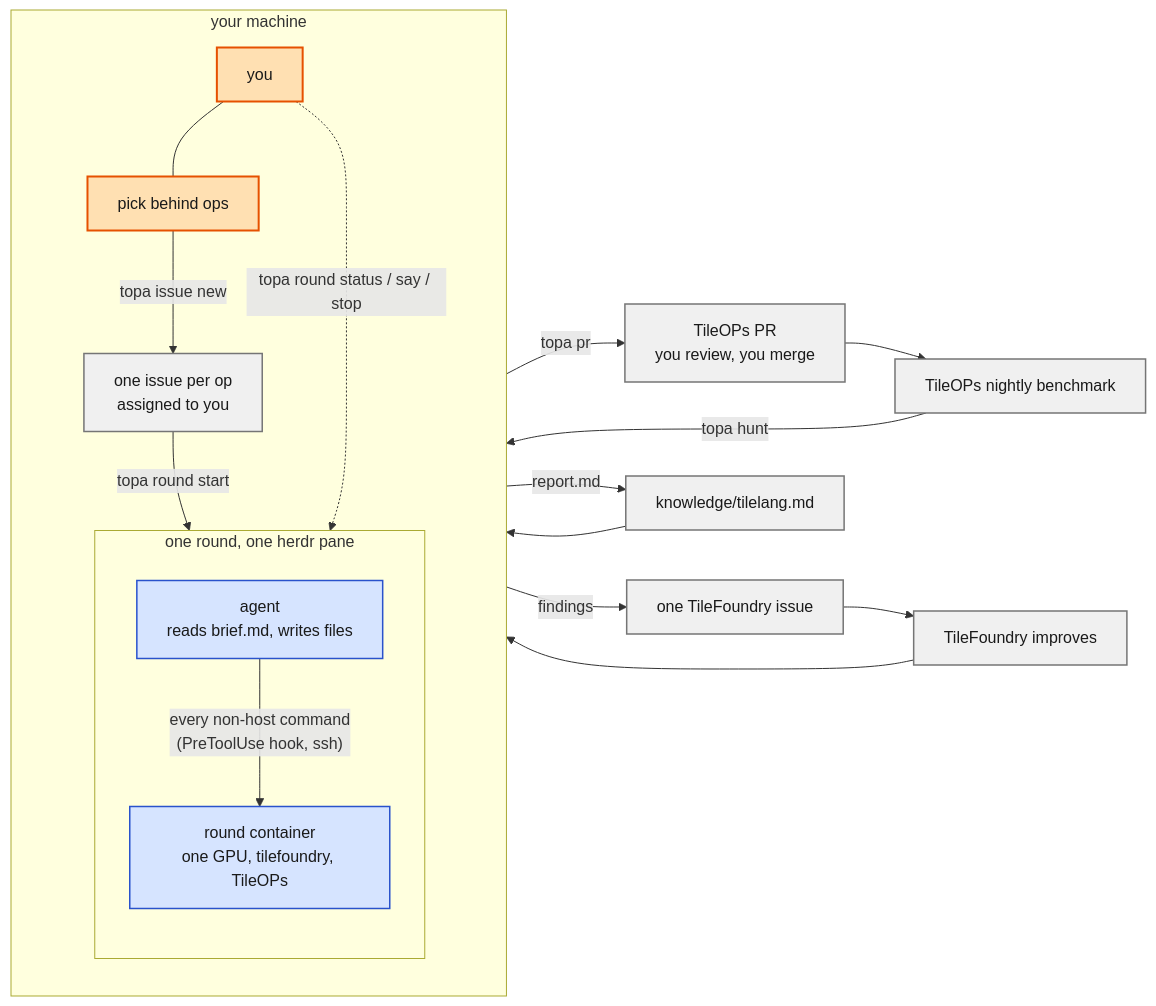
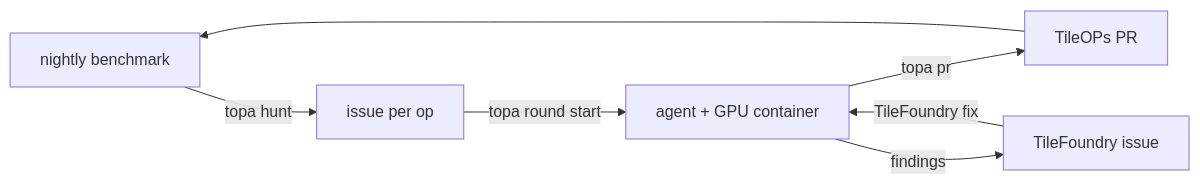
Before and after one commit to lcy-seso/topa: the diagram in README.md, drawn with Mermaid. The commit also changed other lines of this file and 10 other files, not shown here.

First line of the commit message:
fix: install TileFoundry offline from staged wheels, and simplify the diagram and tests

````diff
--- a/README.md
+++ b/README.md
@@ -25,35 +25,9 @@
 ```mermaid
 flowchart LR
-    NIGHTLY["TileOPs nightly benchmark"] -- "topa hunt" --> PICK
-
-    subgraph HOST["your machine"]
-        direction TB
-        YOU["you"] --- PICK["pick behind ops"]
-        PICK -- "topa issue new" --> ISSUE["one issue per op<br/>assigned to you"]
-        ISSUE -- "topa round start" --> AGENT
-
-        subgraph ROUND["one round, one herdr pane"]
-            direction TB
-            AGENT["agent<br/>reads brief.md, writes files"]
-            AGENT -- "every non-host command<br/>(PreToolUse hook, ssh)" --> BOX["round container<br/>one GPU, tilefoundry, TileOPs"]
-        end
-
-        YOU -. "topa round status / say / stop" .-> AGENT
-    end
-
-    AGENT -- "topa pr" --> PR["TileOPs PR<br/>you review, you merge"]
-    AGENT -- "findings" --> TFI["one TileFoundry issue"]
-    AGENT -- "report.md" --> KNOW["knowledge/tilelang.md"]
-
-    PR --> NIGHTLY
-    TFI --> TF["TileFoundry improves"]
-    TF --> BOX
-    KNOW --> AGENT
-
-    classDef human fill:#FFE0B2,stroke:#E65100,stroke-width:2px,color:#1A1A1A
-    classDef agent fill:#D6E4FF,stroke:#2952CC,stroke-width:1.5px,color:#1A1A1A
-    classDef artifact fill:#F0F0F0,stroke:#757575,stroke-width:1.5px,color:#1A1A1A
-    class YOU,PICK human
-    class AGENT,BOX agent
-    class NIGHTLY,ISSUE,PR,TFI,TF,KNOW artifact
+    N["nightly benchmark"] -- "topa hunt" --> I["issue per op"]
+    I -- "topa round start" --> A["agent + GPU container"]
+    A -- "topa pr" --> P["TileOPs PR"]
+    A -- "findings" --> F["TileFoundry issue"]
+    P --> N
+    F -- "TileFoundry fix" --> A
 ```
````
